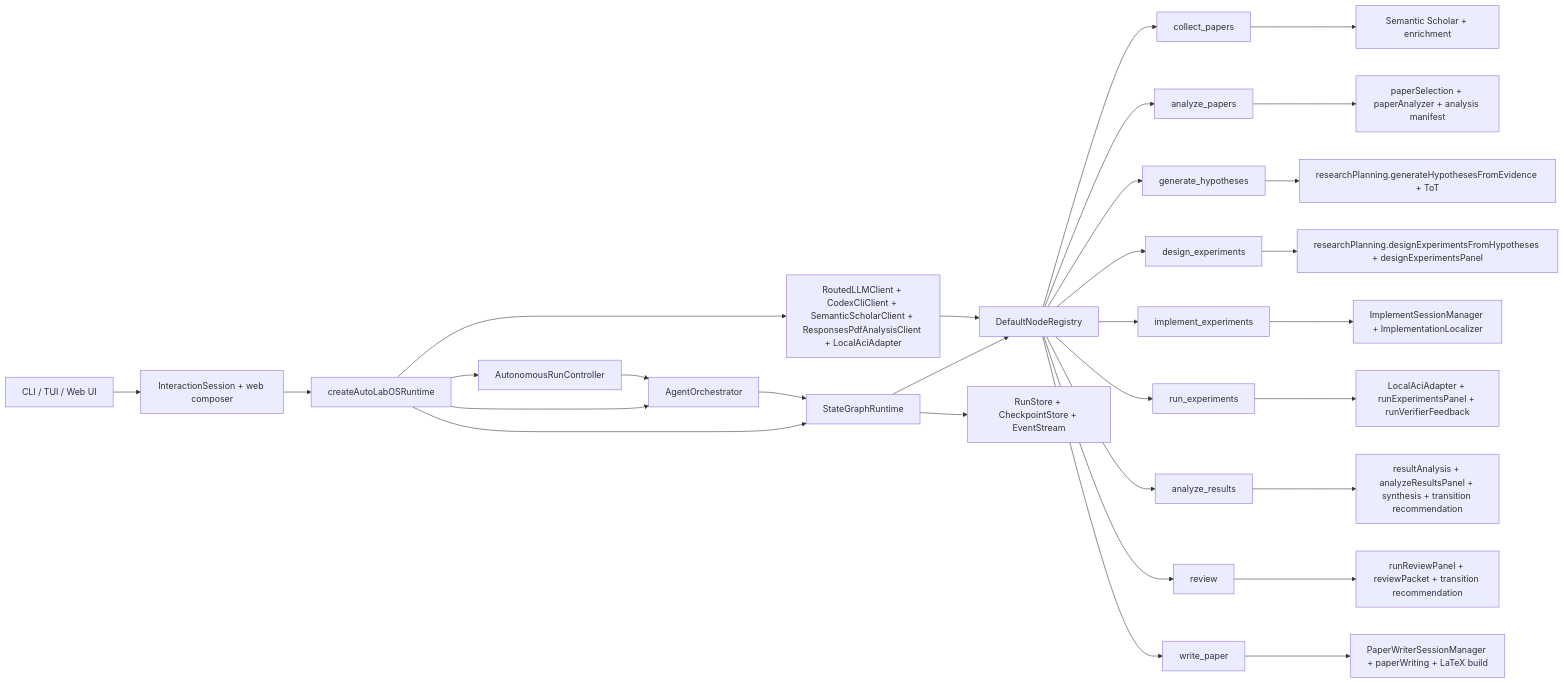
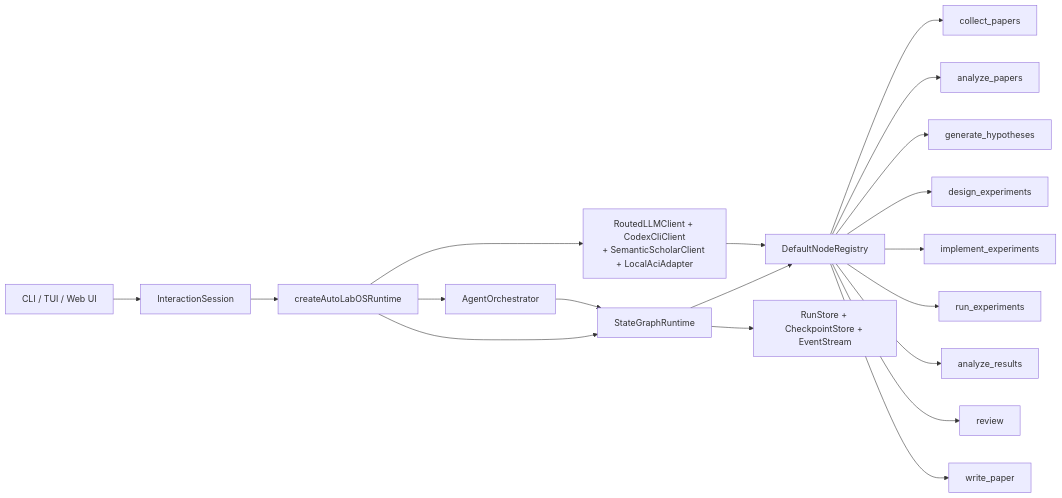
Before and after one commit to lhy0718/AutoResearch: the eighth of 8 diagrams in README.ko.md, drawn with Mermaid. The commit also changed other lines of this file, not shown here.

````diff
--- a/README.ko.md
+++ b/README.ko.md
@@ -533,34 +649,21 @@
 ```mermaid
 flowchart LR
-    UI["CLI / TUI / Web UI"] --> Session["InteractionSession + web composer"]
+    UI["CLI / TUI / Web UI"] --> Session["InteractionSession"]
     Session --> Bootstrap["createAutoLabOSRuntime"]
     Bootstrap --> Orchestrator["AgentOrchestrator"]
-    Bootstrap --> Overnight["AutonomousRunController"]
     Bootstrap --> Runtime["StateGraphRuntime"]
-    Bootstrap --> Providers["RoutedLLMClient + CodexCliClient + SemanticScholarClient + ResponsesPdfAnalysisClient + LocalAciAdapter"]
+    Bootstrap --> Providers["RoutedLLMClient + CodexCliClient<br/>+ SemanticScholarClient + LocalAciAdapter"]
     Orchestrator --> Runtime
-    Overnight --> Orchestrator
     Runtime --> Registry["DefaultNodeRegistry"]
     Runtime --> Stores["RunStore + CheckpointStore + EventStream"]
     Providers --> Registry
-
     Registry --> Collect["collect_papers"]
     Registry --> Analyze["analyze_papers"]
     Registry --> Hyp["generate_hypotheses"]
     Registry --> Design["design_experiments"]
     Registry --> Impl["implement_experiments"]
     Registry --> Run["run_experiments"]
     Registry --> Results["analyze_results"]
     Registry --> Review["review"]
     Registry --> Paper["write_paper"]
-
-    Collect --> Scholar["Semantic Scholar + enrichment"]
-    Analyze --> AnalyzeStack["paperSelection + paperAnalyzer + analysis manifest"]
-    Hyp --> HypStack["researchPlanning.generateHypothesesFromEvidence + ToT"]
-    Design --> DesignStack["researchPlanning.designExperimentsFromHypotheses + designExperimentsPanel"]
-    Impl --> ImplStack["ImplementSessionManager + ImplementationLocalizer"]
-    Run --> RunStack["LocalAciAdapter + runExperimentsPanel + runVerifierFeedback"]
-    Results --> ResultStack["resultAnalysis + analyzeResultsPanel + synthesis + transition recommendation"]
-    Review --> ReviewStack["runReviewPanel + reviewPacket + transition recommendation"]
-    Paper --> PaperStack["PaperWriterSessionManager + paperWriting + LaTeX build"]
 ```
````
